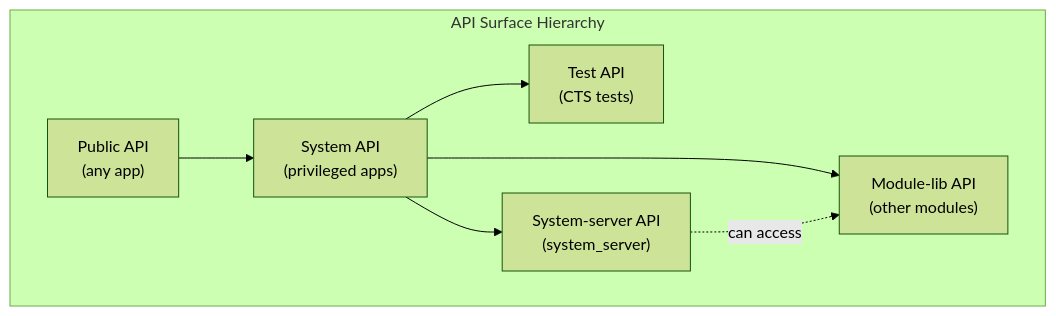
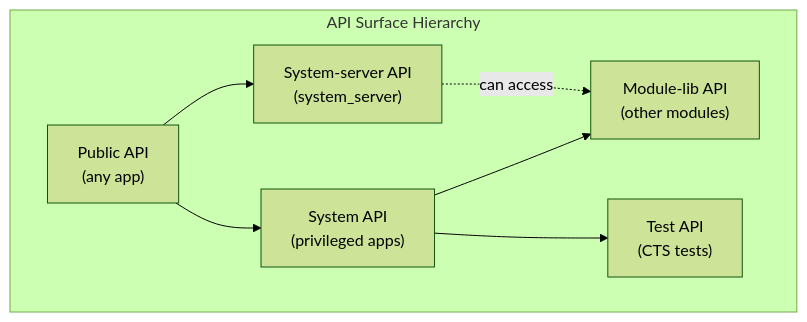
The tenth of 21 diagrams in 54-mainline-modules.md (aospbooks/aosp-internal-book), drawn with Mermaid (forest theme) before and after one commit. The commit also changed other lines of this file and 218 other files, not shown here.

````diff
--- a/54-mainline-modules.md
+++ b/54-mainline-modules.md
@@ -2252,16 +2286,16 @@
 ```mermaid
 graph TB
     subgraph "API Surface Hierarchy"
         PUB["Public API<br/>(any app)"]
         SYS["System API<br/>(privileged apps)"]
         MOD["Module-lib API<br/>(other modules)"]
         SS["System-server API<br/>(system_server)"]
         TEST["Test API<br/>(CTS tests)"]
 
         PUB --> SYS
         SYS --> MOD
         SYS --> TEST
-        SYS --> SS
+        PUB --> SS
         SS -.->|"can access"| MOD
     end
 ```
````
